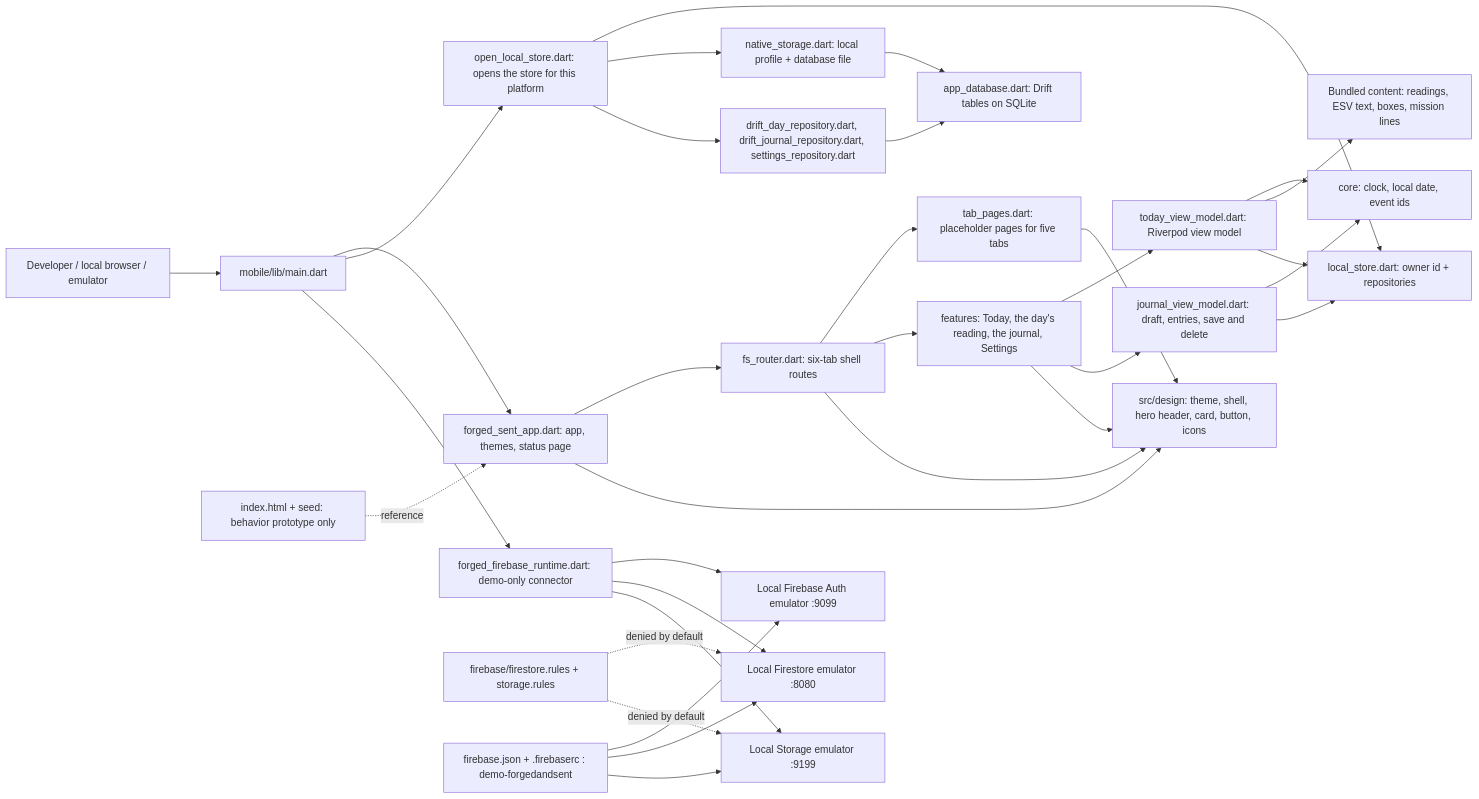
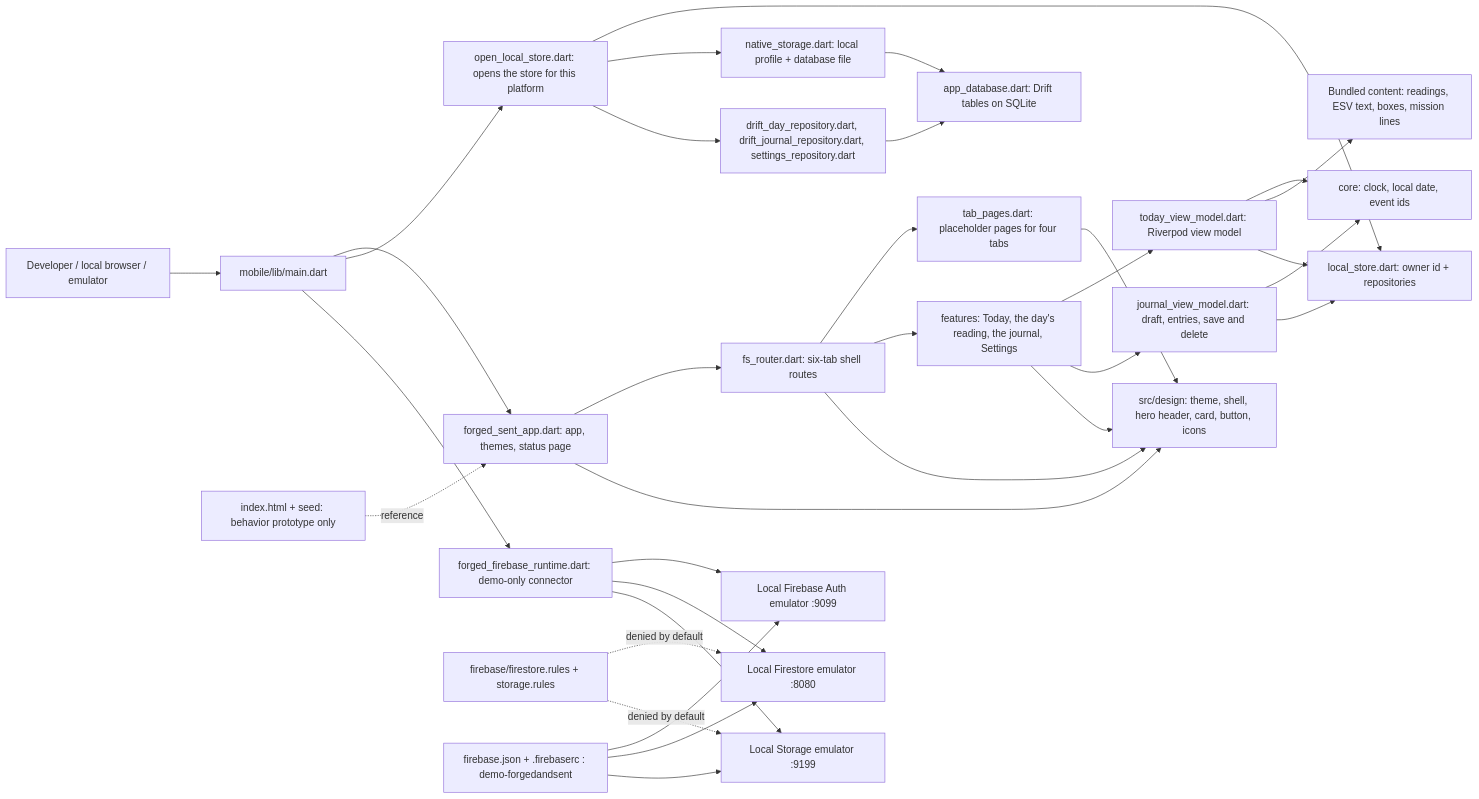
One commit to Forged-Sent/ForgedAndSentFitness changed the first of 3 diagrams in docs/architecture/SYSTEM.md. Above: the diagram before and after it, drawn with Mermaid. The commit also changed other lines of this file and 26 other files, not shown here.

````diff
--- a/docs/architecture/SYSTEM.md
+++ b/docs/architecture/SYSTEM.md
@@ -7,35 +7,35 @@
 ```mermaid
 flowchart LR
     Person[Developer / local browser / emulator] --> Entry[mobile/lib/main.dart]
     Entry --> UI[forged_sent_app.dart: app, themes, status page]
     UI --> Router[fs_router.dart: six-tab shell routes]
-    Router --> Pages[tab_pages.dart: placeholder pages for five tabs]
+    Router --> Pages[tab_pages.dart: placeholder pages for four tabs]
     Router --> Screens[features: Today, the day's reading, the journal, Settings]
     Screens --> VM[today_view_model.dart: Riverpod view model]
     Screens --> JVM[journal_view_model.dart: draft, entries, save and delete]
     JVM --> Core
     JVM --> LocalStore
     Screens --> Design
     VM --> Core[core: clock, local date, event ids]
     VM --> Content[Bundled content: readings, ESV text, boxes, mission lines]
     VM --> LocalStore[local_store.dart: owner id + repositories]
     Entry --> Open[open_local_store.dart: opens the store for this platform]
     Open --> LocalStore
     Open --> Native[native_storage.dart: local profile + database file]
     Open --> Repos[drift_day_repository.dart, drift_journal_repository.dart, settings_repository.dart]
     Repos --> Sqlite[app_database.dart: Drift tables on SQLite]
     Native --> Sqlite
     UI --> Design[src/design: theme, shell, hero header, card, button, icons]
     Router --> Design
     Pages --> Design
     Entry --> Runtime[forged_firebase_runtime.dart: demo-only connector]
     Runtime --> Auth[Local Firebase Auth emulator :9099]
     Runtime --> DB[Local Firestore emulator :8080]
     Runtime --> Store[Local Storage emulator :9199]
     Rules[firebase/firestore.rules + storage.rules] -. denied by default .-> DB
     Rules -. denied by default .-> Store
     Demo[firebase.json + .firebaserc : demo-forgedandsent] --> Auth
     Demo --> DB
     Demo --> Store
     Legacy[index.html + seed: behavior prototype only] -. reference .-> UI
 ```
````
